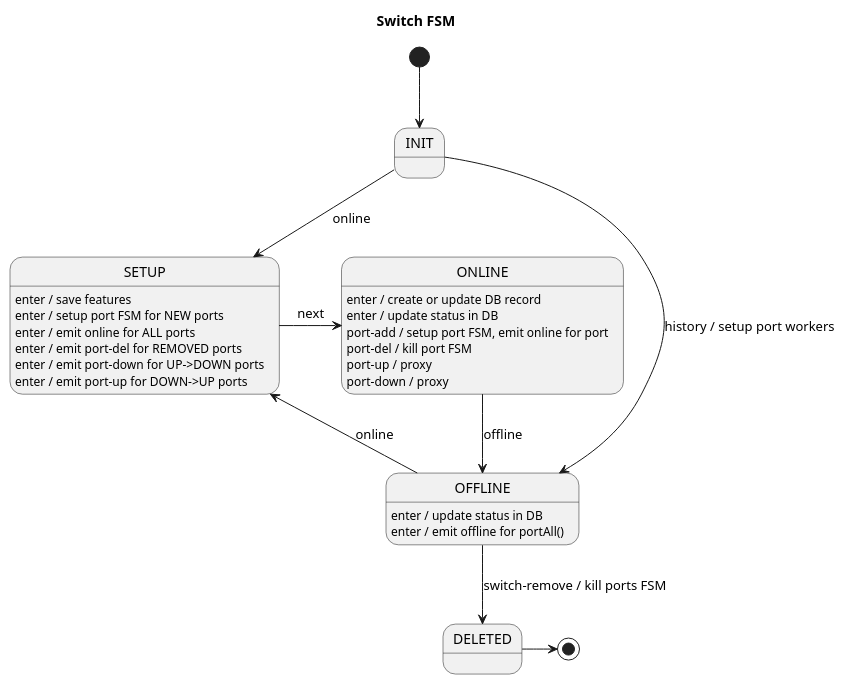
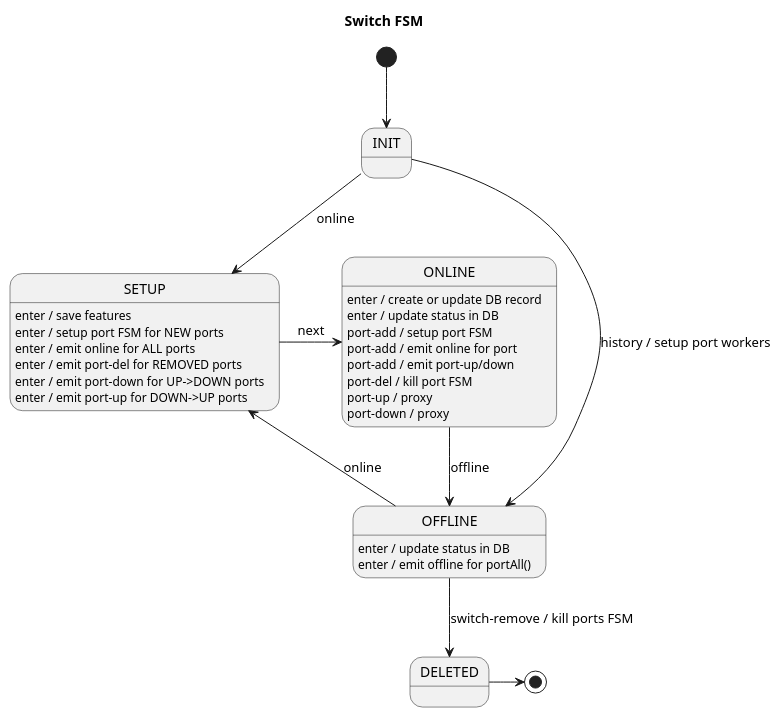
One commit to telstra/open-kilda changed the diagram in docs/design/network-discovery/switch-FSM.puml. Above: the diagram before and after it, drawn with PlantUML. The commit also changed 8 other files, not shown here.

```diff
--- a/docs/design/network-discovery/switch-FSM.puml
+++ b/docs/design/network-discovery/switch-FSM.puml
@@ -22,31 +22,33 @@
 @startuml
 title Switch FSM
 
 [*] --> INIT
 
 INIT --> OFFLINE : history / setup port workers
 INIT --> SETUP : online
 
 SETUP : enter / save features
 SETUP : enter / setup port FSM for NEW ports
 SETUP : enter / emit online for ALL ports
 SETUP : enter / emit port-del for REMOVED ports
 SETUP : enter / emit port-down for UP->DOWN ports
 SETUP : enter / emit port-up for DOWN->UP ports
 SETUP -r-> ONLINE : next
 
 ONLINE : enter / create or update DB record
 ONLINE : enter / update status in DB
-ONLINE : port-add / setup port FSM, emit online for port
+ONLINE : port-add / setup port FSM
+ONLINE : port-add / emit online for port
+ONLINE : port-add / emit port-up/down
 ONLINE : port-del / kill port FSM
 ONLINE : port-up / proxy
 ONLINE : port-down / proxy
 ONLINE --> OFFLINE : offline
 
 OFFLINE : enter / update status in DB
 OFFLINE : enter / emit offline for portAll()
 OFFLINE --> SETUP : online
 OFFLINE --> DELETED: switch-remove / kill ports FSM
 DELETED -> [*]
 
 @enduml
```
